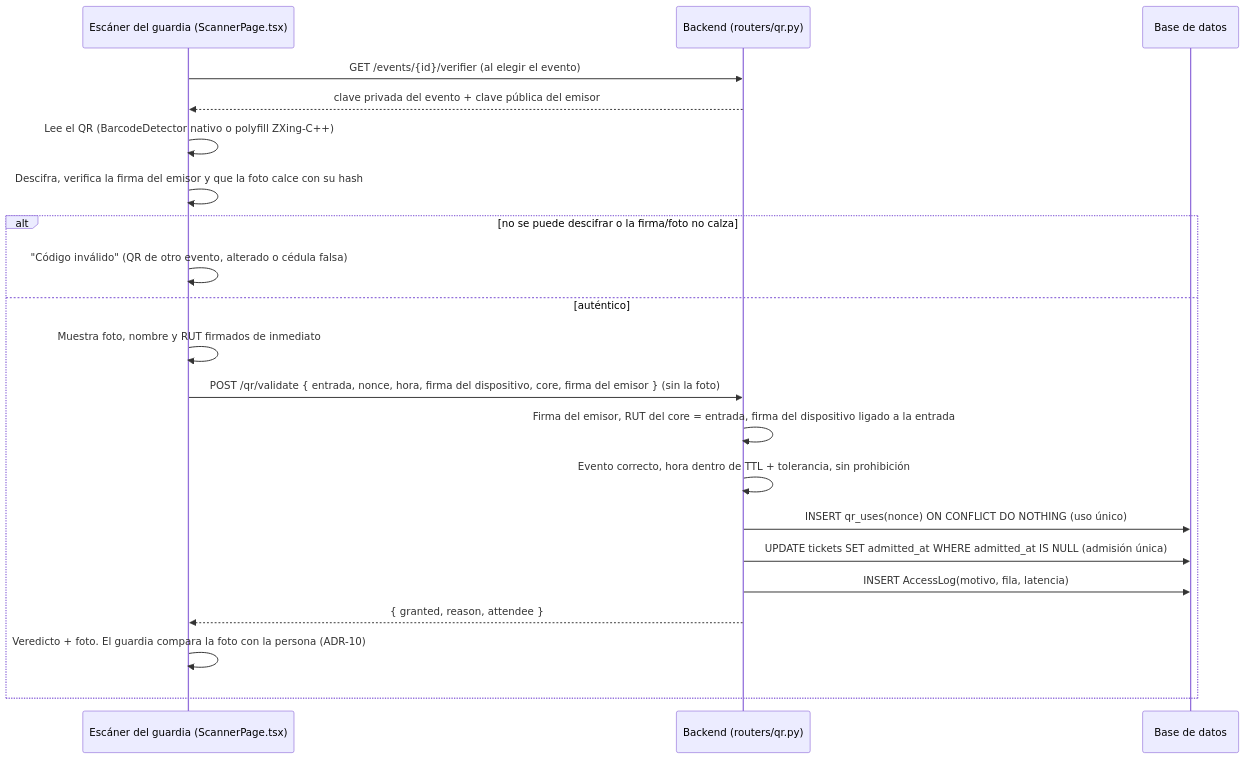
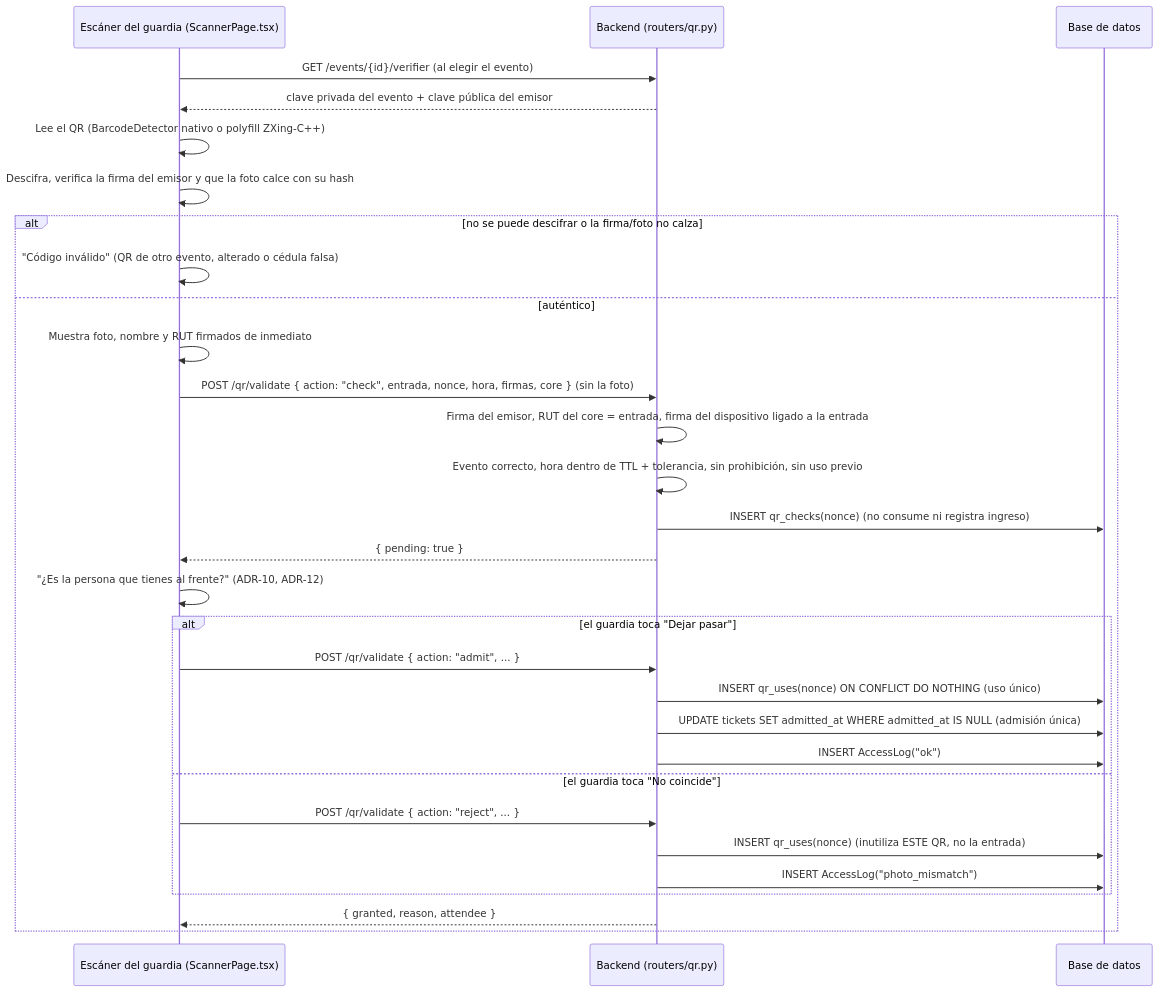
Before and after one commit to mmonzodiaz/TESIS---Control-QR-Dinamico: the third of 4 diagrams in docs/architecture.md, drawn with Mermaid. The commit also changed other lines of this file and 34 other files, not shown here.

First line of the commit message:
Simula la app de cedula digital con PIN y agrega escaner del guardia en dos pasos

````diff
--- a/docs/architecture.md
+++ b/docs/architecture.md
@@ -47,24 +49,33 @@
 ```mermaid
 sequenceDiagram
     participant G as Escáner del guardia (ScannerPage.tsx)
     participant B as Backend (routers/qr.py)
     participant DB as Base de datos
 
     G->>B: GET /events/{id}/verifier (al elegir el evento)
     B-->>G: clave privada del evento + clave pública del emisor
     G->>G: Lee el QR (BarcodeDetector nativo o polyfill ZXing-C++)
     G->>G: Descifra, verifica la firma del emisor y que la foto calce con su hash
     alt no se puede descifrar o la firma/foto no calza
         G->>G: "Código inválido" (QR de otro evento, alterado o cédula falsa)
     else auténtico
         G->>G: Muestra foto, nombre y RUT firmados de inmediato
-        G->>B: POST /qr/validate { entrada, nonce, hora, firma del dispositivo, core, firma del emisor } (sin la foto)
+        G->>B: POST /qr/validate { action: "check", entrada, nonce, hora, firmas, core } (sin la foto)
         B->>B: Firma del emisor, RUT del core = entrada, firma del dispositivo ligado a la entrada
-        B->>B: Evento correcto, hora dentro de TTL + tolerancia, sin prohibición
-        B->>DB: INSERT qr_uses(nonce) ON CONFLICT DO NOTHING (uso único)
-        B->>DB: UPDATE tickets SET admitted_at WHERE admitted_at IS NULL (admisión única)
-        B->>DB: INSERT AccessLog(motivo, fila, latencia)
+        B->>B: Evento correcto, hora dentro de TTL + tolerancia, sin prohibición, sin uso previo
+        B->>DB: INSERT qr_checks(nonce) (no consume ni registra ingreso)
+        B-->>G: { pending: true }
+        G->>G: "¿Es la persona que tienes al frente?" (ADR-10, ADR-12)
+        alt el guardia toca "Dejar pasar"
+            G->>B: POST /qr/validate { action: "admit", ... }
+            B->>DB: INSERT qr_uses(nonce) ON CONFLICT DO NOTHING (uso único)
+            B->>DB: UPDATE tickets SET admitted_at WHERE admitted_at IS NULL (admisión única)
+            B->>DB: INSERT AccessLog("ok")
+        else el guardia toca "No coincide"
+            G->>B: POST /qr/validate { action: "reject", ... }
+            B->>DB: INSERT qr_uses(nonce) (inutiliza ESTE QR, no la entrada)
+            B->>DB: INSERT AccessLog("photo_mismatch")
+        end
         B-->>G: { granted, reason, attendee }
-        G->>G: Veredicto + foto. El guardia compara la foto con la persona (ADR-10)
     end
 ```
````
